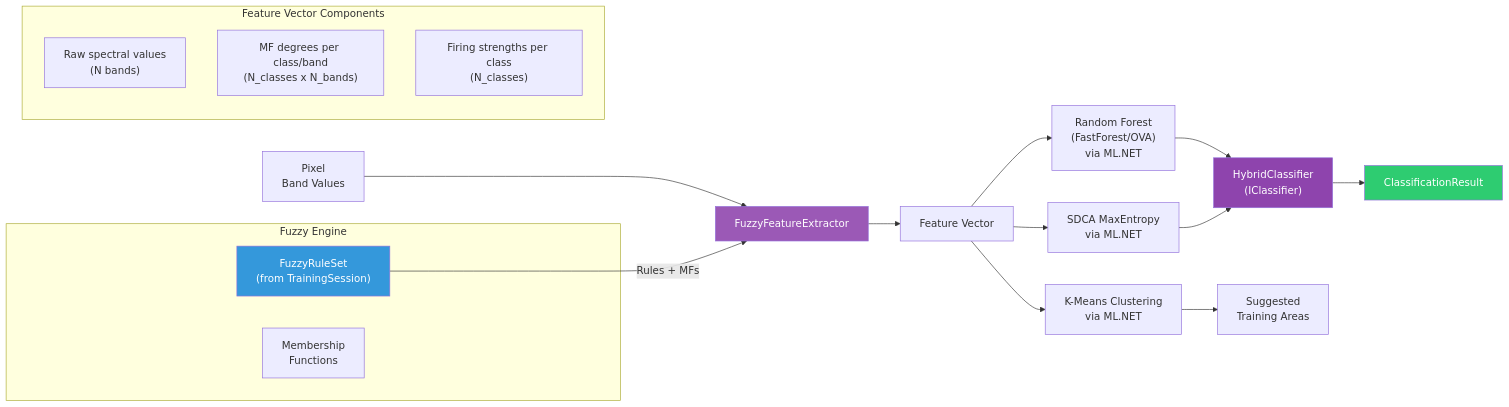
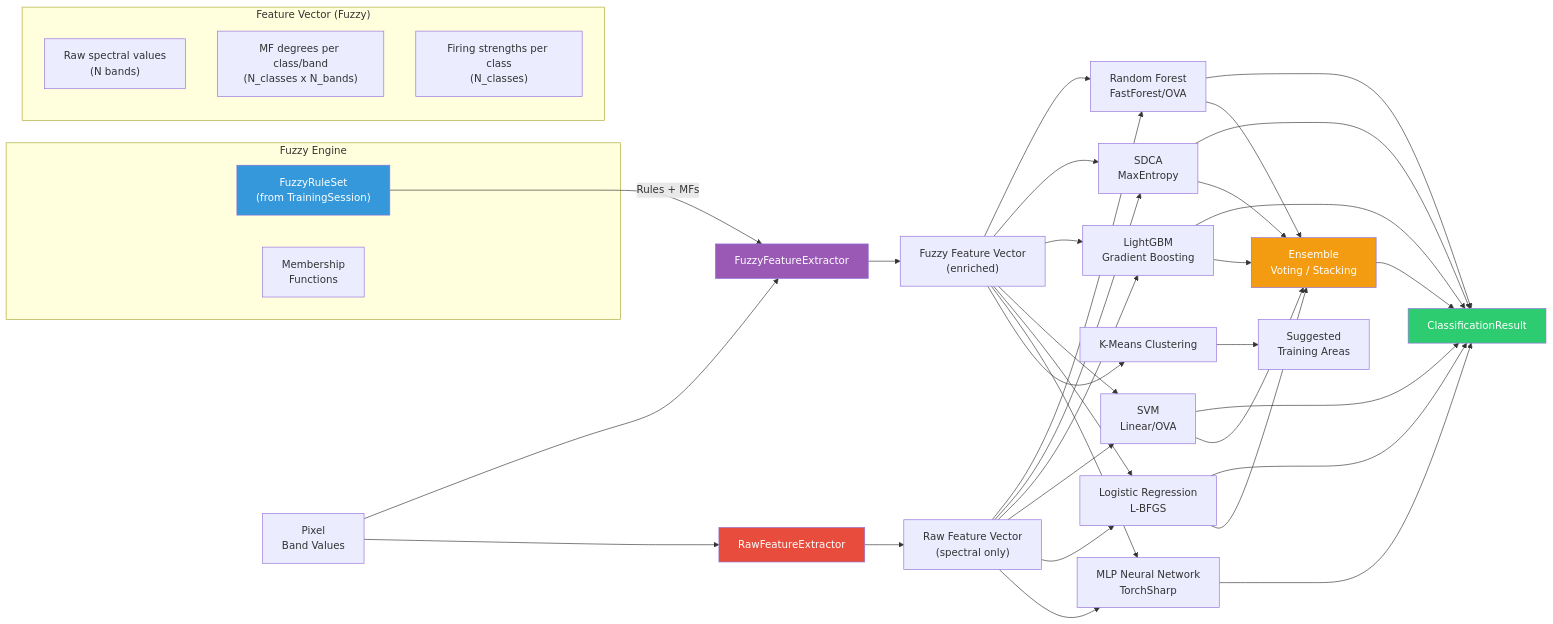
Before and after one commit to ivanrlg/TerraML: the third of 3 diagrams in README.md, drawn with Mermaid. The commit also changed other lines of this file and 1 other file, not shown here.

First line of the commit message:
Update README with all ML classifiers, Docker instructions, and corrected diagrams

````diff
--- a/README.md
+++ b/README.md
@@ -370,33 +439,57 @@
 ```mermaid
 flowchart LR
     subgraph "Fuzzy Engine"
         RS["FuzzyRuleSet<br/>(from TrainingSession)"]
         MFs["Membership<br/>Functions"]
     end
 
     P["Pixel<br/>Band Values"] --> FE["FuzzyFeatureExtractor"]
+    P --> RE["RawFeatureExtractor"]
     RS -->|"Rules + MFs"| FE
 
-    FE --> V["Feature Vector"]
+    FE --> V["Fuzzy Feature Vector<br/>(enriched)"]
+    RE --> RV["Raw Feature Vector<br/>(spectral only)"]
 
-    subgraph "Feature Vector Components"
+    subgraph "Feature Vector (Fuzzy)"
         direction TB
         R["Raw spectral values<br/>(N bands)"]
         M["MF degrees per class/band<br/>(N_classes x N_bands)"]
         S["Firing strengths per class<br/>(N_classes)"]
     end
 
-    V --> RF["Random Forest<br/>(FastForest/OVA)<br/>via ML.NET"]
-    V --> SD["SDCA MaxEntropy<br/>via ML.NET"]
-    V --> KM["K-Means Clustering<br/>via ML.NET"]
-    RF --> HC["HybridClassifier<br/>(IClassifier)"]
-    SD --> HC
+    V --> RF["Random Forest<br/>FastForest/OVA"]
+    V --> SD["SDCA<br/>MaxEntropy"]
+    V --> LG["LightGBM<br/>Gradient Boosting"]
+    V --> SVM["SVM<br/>Linear/OVA"]
+    V --> LR["Logistic Regression<br/>L-BFGS"]
+    V --> NN["MLP Neural Network<br/>TorchSharp"]
+    RV --> RF
+    RV --> SD
+    RV --> LG
+    RV --> SVM
+    RV --> LR
+    RV --> NN
+
+    RF --> CR["ClassificationResult"]
+    SD --> CR
+    LG --> CR
+    SVM --> CR
+    LR --> CR
+    NN --> CR
+
+    RF --> EN["Ensemble<br/>Voting / Stacking"]
+    SD --> EN
+    LG --> EN
+    SVM --> EN
+    LR --> EN
+    EN --> CR
+
+    V --> KM["K-Means Clustering"]
     KM --> TA["Suggested<br/>Training Areas"]
 
-    HC --> CR["ClassificationResult"]
-
     style FE fill:#9b59b6,color:#fff
-    style HC fill:#8e44ad,color:#fff
+    style RE fill:#e74c3c,color:#fff
     style CR fill:#2ecc71,color:#fff
     style RS fill:#3498db,color:#fff
+    style EN fill:#f39c12,color:#fff
 ```
````
